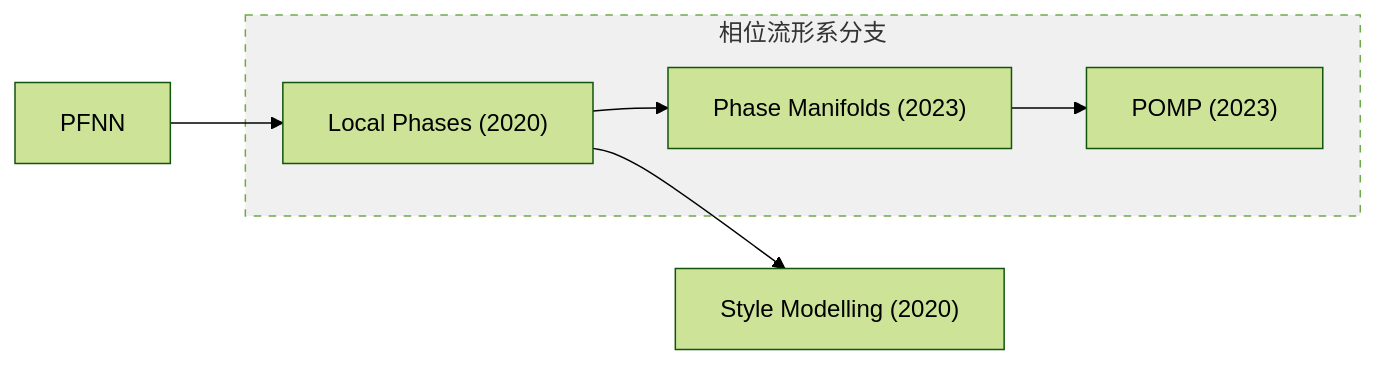
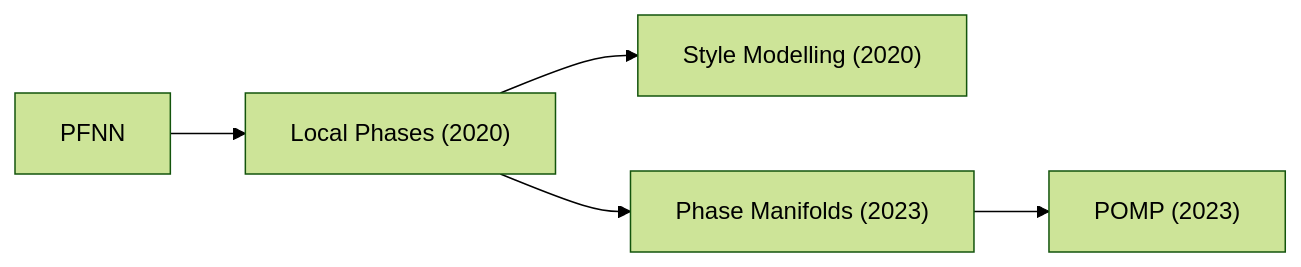
The second of 26 diagrams in src/Locomotion_Survey.md (CaterpillarStudyGroup/GAMES105_mdbook), drawn with Mermaid (forest theme) before and after one commit. The commit also changed other lines of this file, not shown here.

````diff
--- a/src/Locomotion_Survey.md
+++ b/src/Locomotion_Survey.md
@@ -94,12 +85,7 @@
 ```mermaid
 flowchart LR
     PFNN --> LP["Local Phases (2020)"]
     LP --> SM["Style Modelling (2020)"]
-
-    subgraph 相位流形系分支
     LP --> PM["Phase Manifolds (2023)"]
     PM --> POMP["POMP (2023)"]
-    end
-
-    style 相位流形系分支 fill:#f0f0f0,stroke-dasharray: 5 5
 ```
````
